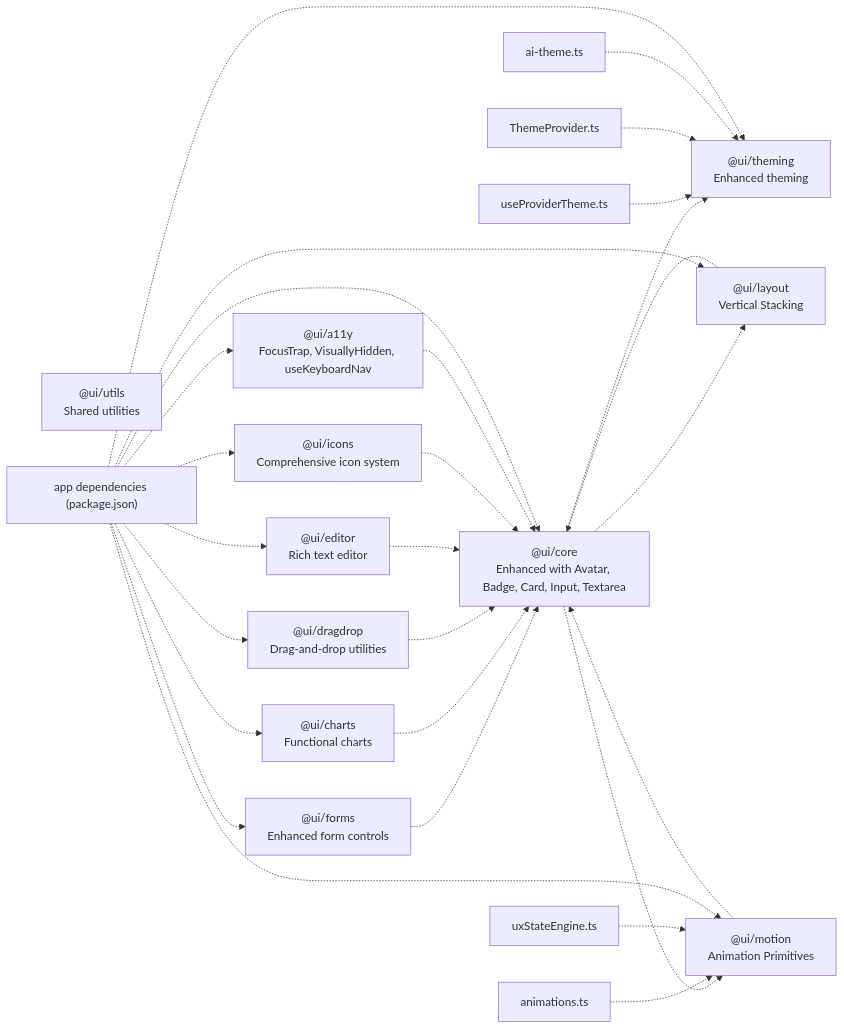
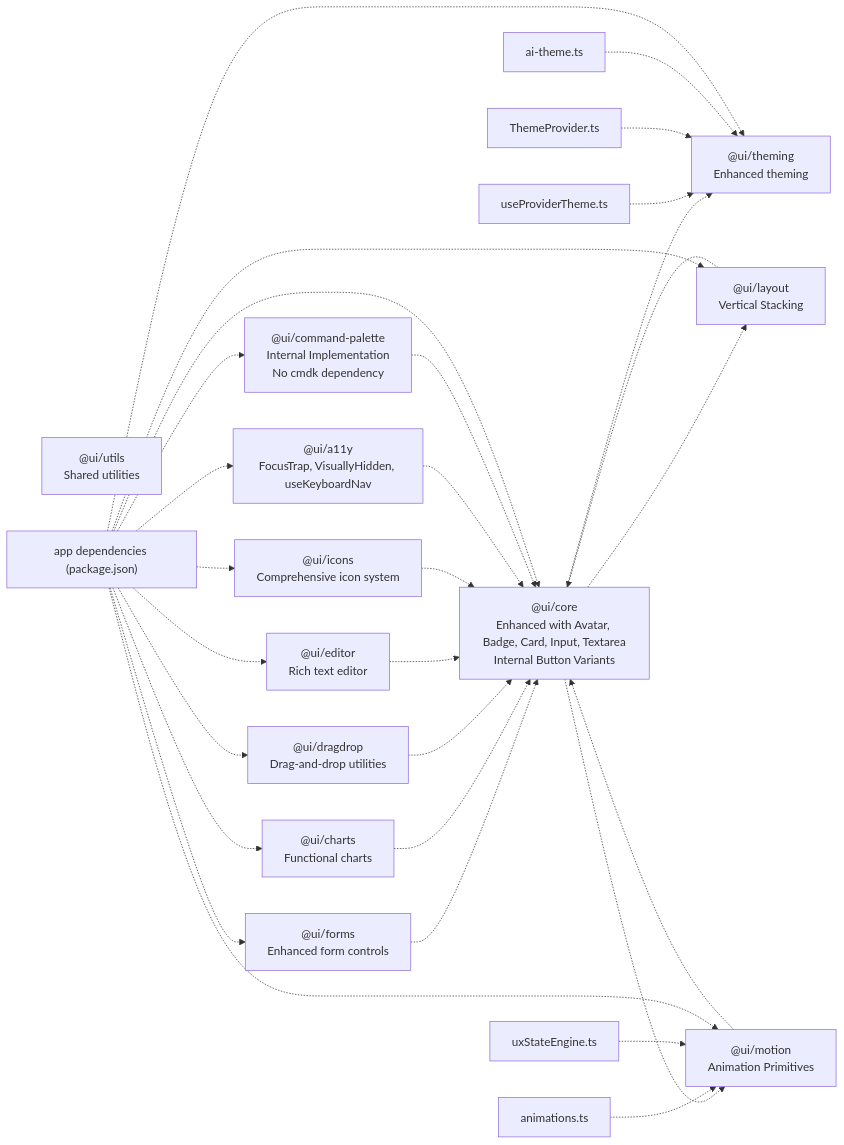
One commit to shekhargiri005-dotcom/AI-powered-accessibility-first-UI-engine changed the eighth of 8 diagrams in .qoder/repowiki/en/content/UI Component System/UI Component System.md. Above: the diagram before and after it, drawn with Mermaid. The commit also changed other lines of this file and 32 other files, not shown here.

````diff
--- a/.qoder/repowiki/en/content/UI Component System/UI Component System.md
+++ b/.qoder/repowiki/en/content/UI Component System/UI Component System.md
@@ -1071,46 +1164,49 @@
 ```mermaid
 graph LR
-UI_CORE["@ui/core<br/>Enhanced with Avatar, Badge, Card, Input, Textarea"]
+UI_CORE["@ui/core<br/>Enhanced with Avatar, Badge, Card, Input, Textarea<br/>Internal Button Variants"]
 UI_A11Y["@ui/a11y<br/>FocusTrap, VisuallyHidden, useKeyboardNav"]
 UI_FORMS["@ui/forms<br/>Enhanced form controls"]
 UI_LAYOUT["@ui/layout<br/>Vertical Stacking"]
 UI_MOTION["@ui/motion<br/>Animation Primitives"]
 UI_CHARTS["@ui/charts<br/>Functional charts"]
 UI_DRAGDROP["@ui/dragdrop<br/>Drag-and-drop utilities"]
 UI_EDITOR["@ui/editor<br/>Rich text editor"]
 UI_ICONS["@ui/icons<br/>Comprehensive icon system"]
 UI_THEMING["@ui/theming<br/>Enhanced theming"]
 UI_UTILS["@ui/utils<br/>Shared utilities"]
+UI_COMMAND_PALETTE["@ui/command-palette<br/>Internal Implementation<br/>No cmdk dependency"]
 THEME_HOOK["useProviderTheme.ts"]
 THEME_PROVIDER["ThemeProvider.ts"]
 THEME_AI["ai-theme.ts"]
 MOTION_ANIM["animations.ts"]
 UX_ENGINE["uxStateEngine.ts"]
 APP_DEPS["app dependencies (package.json)"]
 UI_CORE -.-> UI_THEMING
 UI_CORE -.-> UI_LAYOUT
 UI_CORE -.-> UI_MOTION
 UI_FORMS -.-> UI_CORE
 UI_LAYOUT -.-> UI_CORE
 UI_MOTION -.-> UI_CORE
 UI_CHARTS -.-> UI_CORE
 UI_DRAGDROP -.-> UI_CORE
 UI_EDITOR -.-> UI_CORE
 UI_ICONS -.-> UI_CORE
 UI_A11Y -.-> UI_CORE
+UI_COMMAND_PALETTE -.-> UI_CORE
 THEME_HOOK -.-> UI_THEMING
 THEME_PROVIDER -.-> UI_THEMING
 THEME_AI -.-> UI_THEMING
 MOTION_ANIM -.-> UI_MOTION
 UX_ENGINE -.-> UI_MOTION
 APP_DEPS -.-> UI_CORE
 APP_DEPS -.-> UI_A11Y
 APP_DEPS -.-> UI_FORMS
 APP_DEPS -.-> UI_LAYOUT
 APP_DEPS -.-> UI_MOTION
 APP_DEPS -.-> UI_CHARTS
 APP_DEPS -.-> UI_DRAGDROP
 APP_DEPS -.-> UI_EDITOR
 APP_DEPS -.-> UI_ICONS
 APP_DEPS -.-> UI_THEMING
+APP_DEPS -.-> UI_COMMAND_PALETTE
 ```
````
